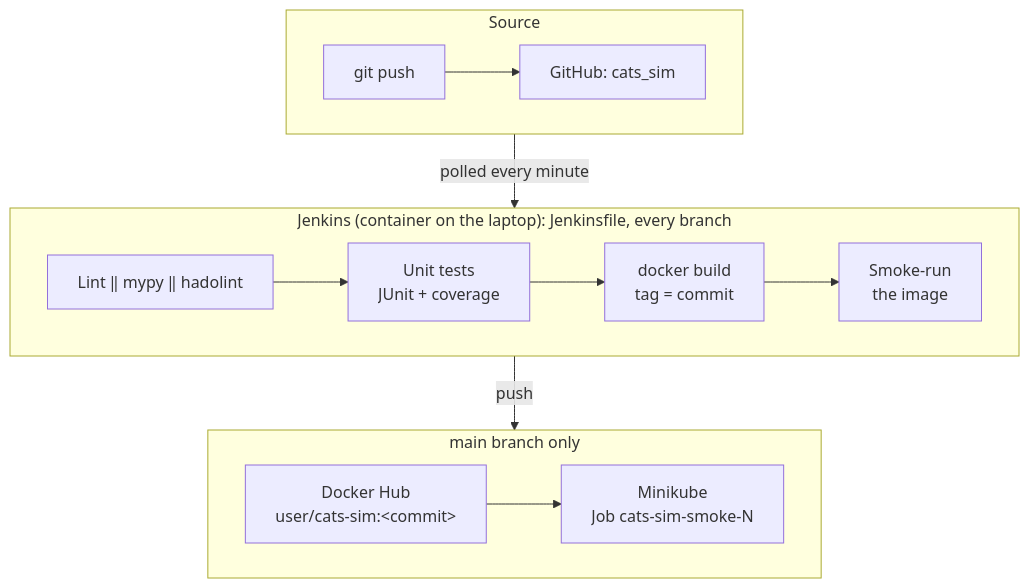
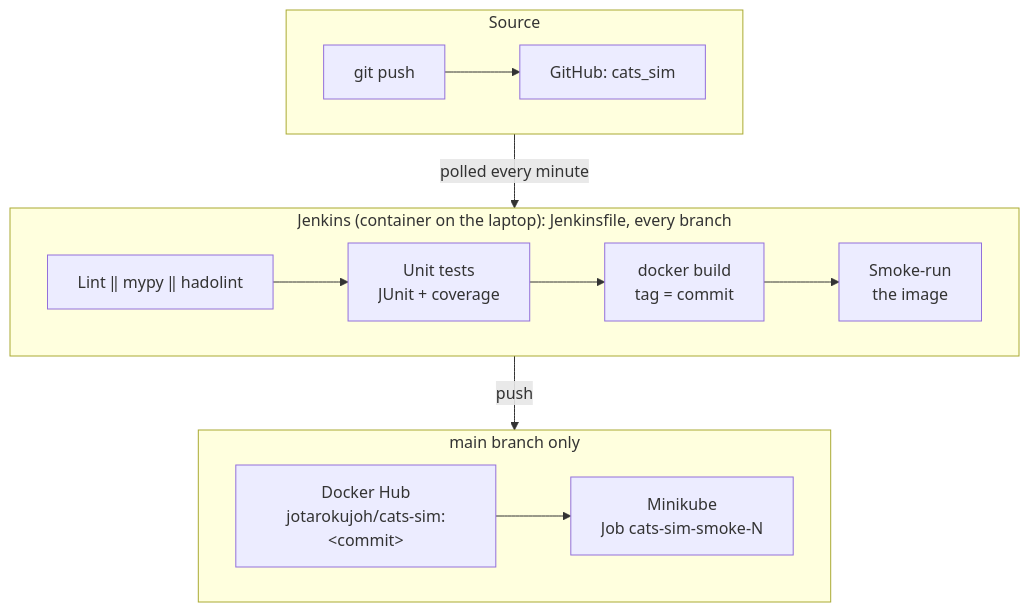
One commit to PrimeraAizen/cats_sim changed the diagram in docs/assignment-5-practical-report.md. Above: the diagram before and after it, drawn with Mermaid. The commit also changed other lines of this file and 9 other files, not shown here.

````diff
--- a/docs/assignment-5-practical-report.md
+++ b/docs/assignment-5-practical-report.md
@@ -24,17 +24,17 @@
 ```mermaid
 flowchart TB
     subgraph src["Source"]
         direction LR
         dev["git push"] --> gh["GitHub: cats_sim"]
     end
     subgraph pipe["Jenkins (container on the laptop): Jenkinsfile, every branch"]
         direction LR
         q["Lint ‖ mypy ‖ hadolint"] --> t["Unit tests<br/>JUnit + coverage"] --> b["docker build<br/>tag = commit"] --> s["Smoke-run<br/>the image"]
     end
     subgraph cd["main branch only"]
         direction LR
-        hub["Docker Hub<br/>user/cats-sim:&lt;commit&gt;"] --> k8s["Minikube<br/>Job cats-sim-smoke-N"]
+        hub["Docker Hub<br/>jotarokujoh/cats-sim:&lt;commit&gt;"] --> k8s["Minikube<br/>Job cats-sim-smoke-N"]
     end
     src -- "polled every minute" --> pipe
     pipe -- "push" --> cd
 ```
````
